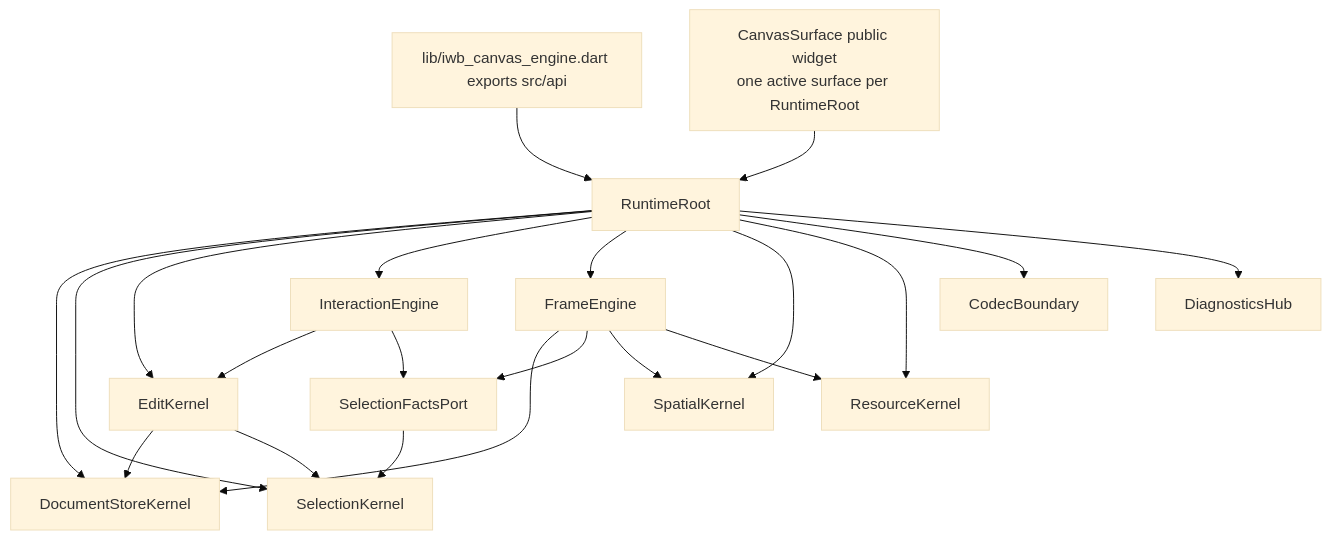
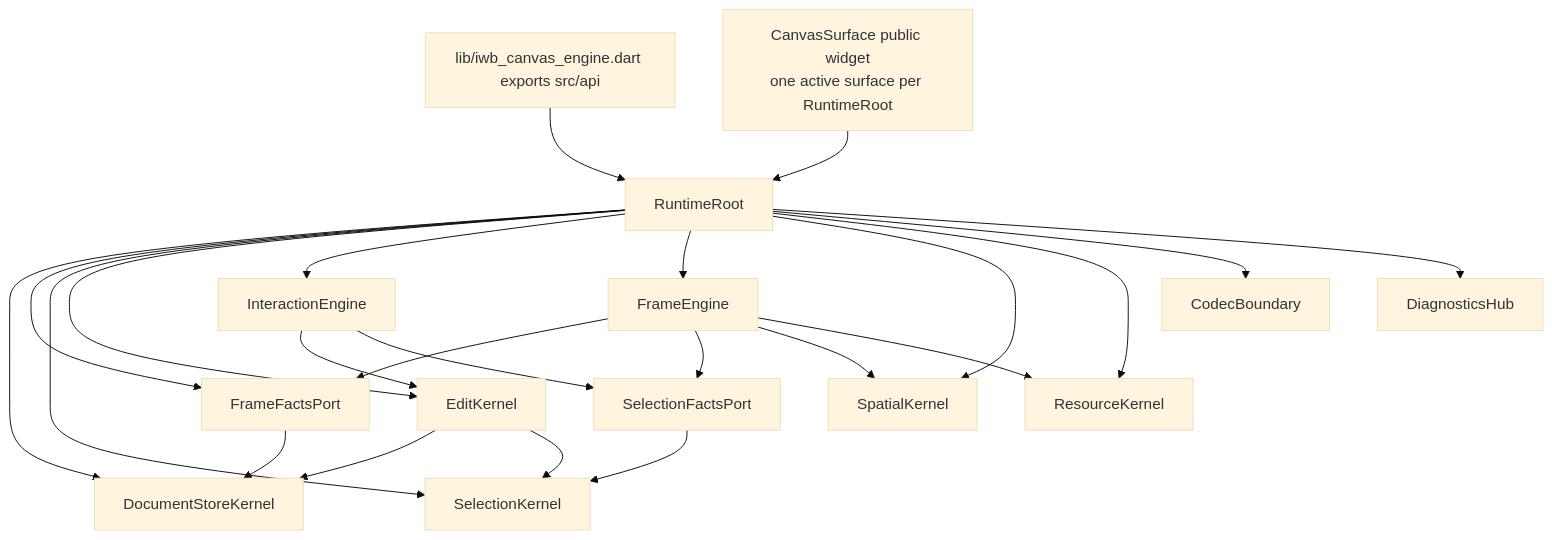
One commit to GreatPika/iwb_canvas_engine changed the diagram in docs/diagrams/c4_container.mmd. Above: the diagram before and after it, drawn with Mermaid (base theme). The commit also changed 5 other files, not shown here.

First line of the commit message:
docs: add frame facts port boundary

```diff
--- a/docs/diagrams/c4_container.mmd
+++ b/docs/diagrams/c4_container.mmd
@@ -1,21 +1,23 @@
 flowchart TB
   Public[lib/iwb_canvas_engine.dart exports src/api] --> RuntimeRoot
   Surface["CanvasSurface public widget\none active surface per RuntimeRoot"] --> RuntimeRoot
   RuntimeRoot --> Store[DocumentStoreKernel]
+  RuntimeRoot --> FrameFacts[FrameFactsPort]
   RuntimeRoot --> Selection[SelectionKernel]
   RuntimeRoot --> Edit[EditKernel]
   RuntimeRoot --> InteractionEngine
   RuntimeRoot --> FrameEngine
   RuntimeRoot --> Spatial[SpatialKernel]
   RuntimeRoot --> Resource[ResourceKernel]
   RuntimeRoot --> Codec[CodecBoundary]
   RuntimeRoot --> Diagnostics[DiagnosticsHub]
   Edit --> Store
   Edit --> Selection
-  FrameEngine --> Store
+  FrameFacts --> Store
+  FrameEngine --> FrameFacts
   FrameEngine --> SelectionFacts[SelectionFactsPort]
   FrameEngine --> Spatial
   FrameEngine --> Resource
   InteractionEngine --> Edit
   InteractionEngine --> SelectionFacts
   SelectionFacts --> Selection
```
